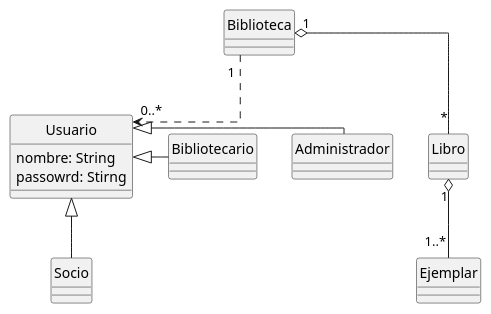
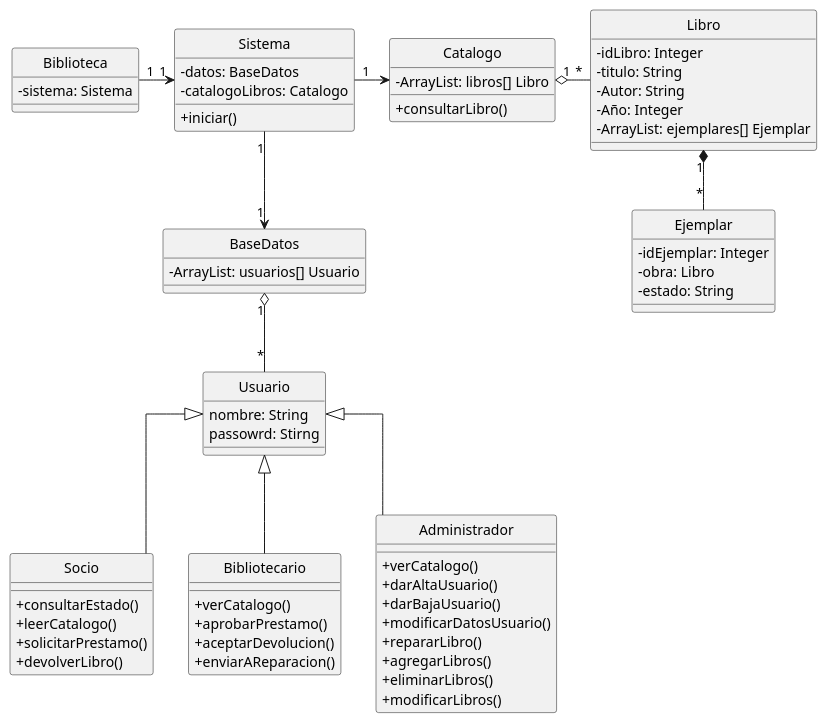
One commit to jonimp/Biblioteca changed the diagram in diagramaClasesBiblioteca.puml. Above: the diagram before and after it, drawn with PlantUML. The commit also changed 1 other file, not shown here.

```diff
--- a/diagramaClasesBiblioteca.puml
+++ b/diagramaClasesBiblioteca.puml
@@ -1,38 +1,81 @@
 @startuml
 hide circle
 skinparam classAttributeIconSize 0
 skinparam linetype ortho
 
 class Biblioteca {
+    -sistema: Sistema
+}
+
+class Catalogo {
+    -ArrayList: libros[] Libro
+    +consultarLibro()
+}
+
+class Libro {
+    -idLibro: Integer
+    -titulo: String
+    -Autor: String
+    -Año: Integer
+    -ArrayList: ejemplares[] Ejemplar
+}
+
+class Ejemplar {
+    -idEjemplar: Integer
+    -obra: Libro
+    -estado: String
+}
+
+class Sistema {
+    -datos: BaseDatos
+    -catalogoLibros: Catalogo
+    +iniciar()
+}
+
+class BaseDatos {
+    -ArrayList: usuarios[] Usuario
 }
 
 class Usuario {
     nombre: String
     passowrd: Stirng
 }
 
 class Socio {
+    +consultarEstado()
+    +leerCatalogo()
+    +solicitarPrestamo()
+    +devolverLibro()
 }
 
 class Bibliotecario {
+    +verCatalogo()
+    +aprobarPrestamo()
+    +aceptarDevolucion()
+    +enviarAReparacion()
 }
 
 class Administrador {
-}
-
-class Libro {
-}
-
-class Ejemplar {
+    +verCatalogo()
+    +darAltaUsuario()
+    +darBajaUsuario()
+    +modificarDatosUsuario()
+    +repararLibro()
+    +agregarLibros()
+    +eliminarLibros()
+    +modificarLibros()
 }
 
 
-Usuario <|- Administrador
-Usuario <|- Bibliotecario
+Biblioteca "1" -> "1" Sistema
+Catalogo "1" o- "*" Libro
+Libro "1" *-- "*" Ejemplar
+Sistema "1" --> "1" BaseDatos
+Sistema "1" -> "Catalogo"
+BaseDatos "1" o-- "*" Usuario
 Usuario <|-- Socio
+Usuario <|-- Bibliotecario
+Usuario <|-- Administrador
 
-Biblioteca "1" ..> "0..*" Usuario
-Biblioteca "1" o-- "*" Libro
-Libro "1" o-- "1..*" Ejemplar
 
 @enduml
```
